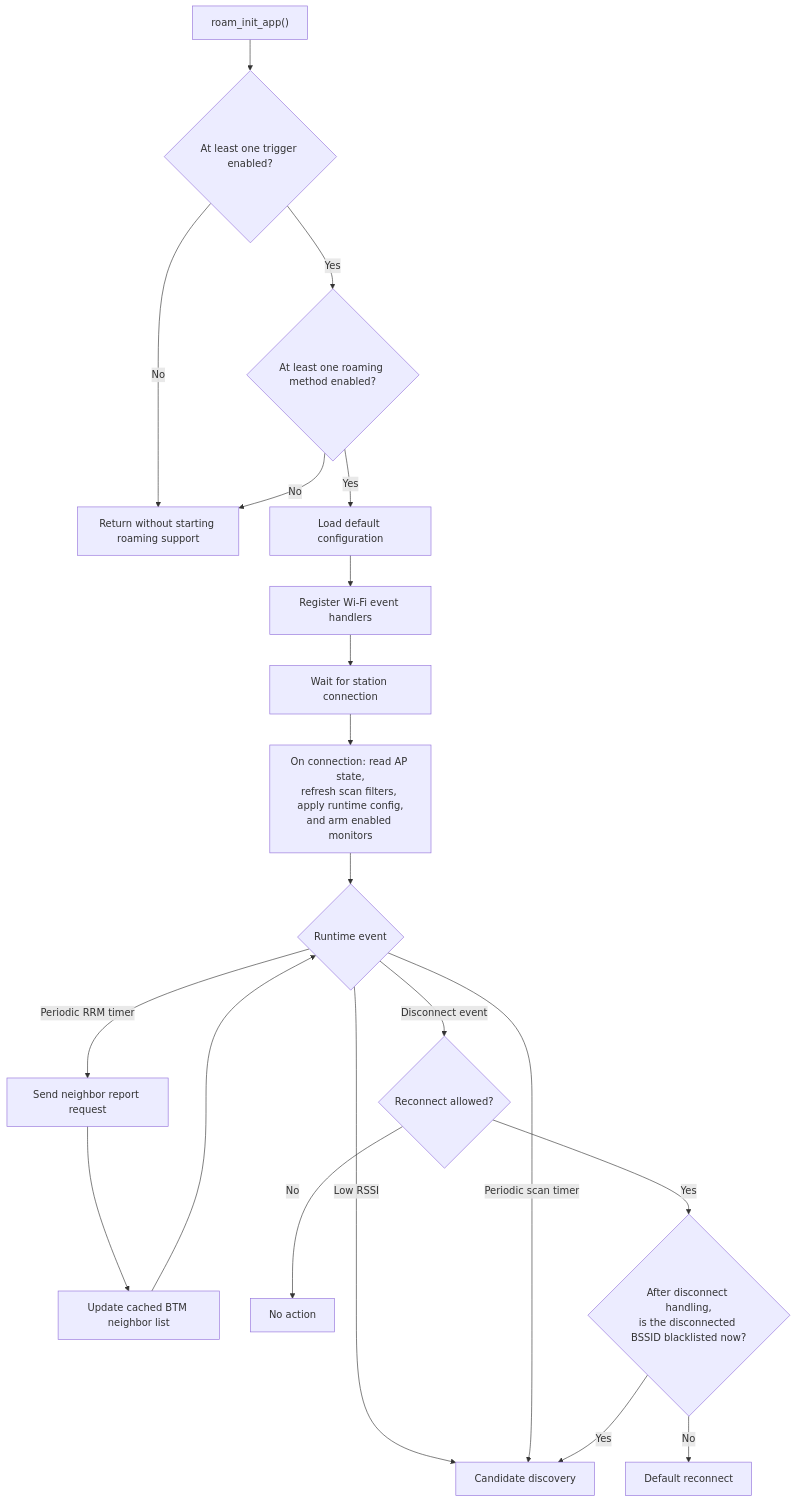
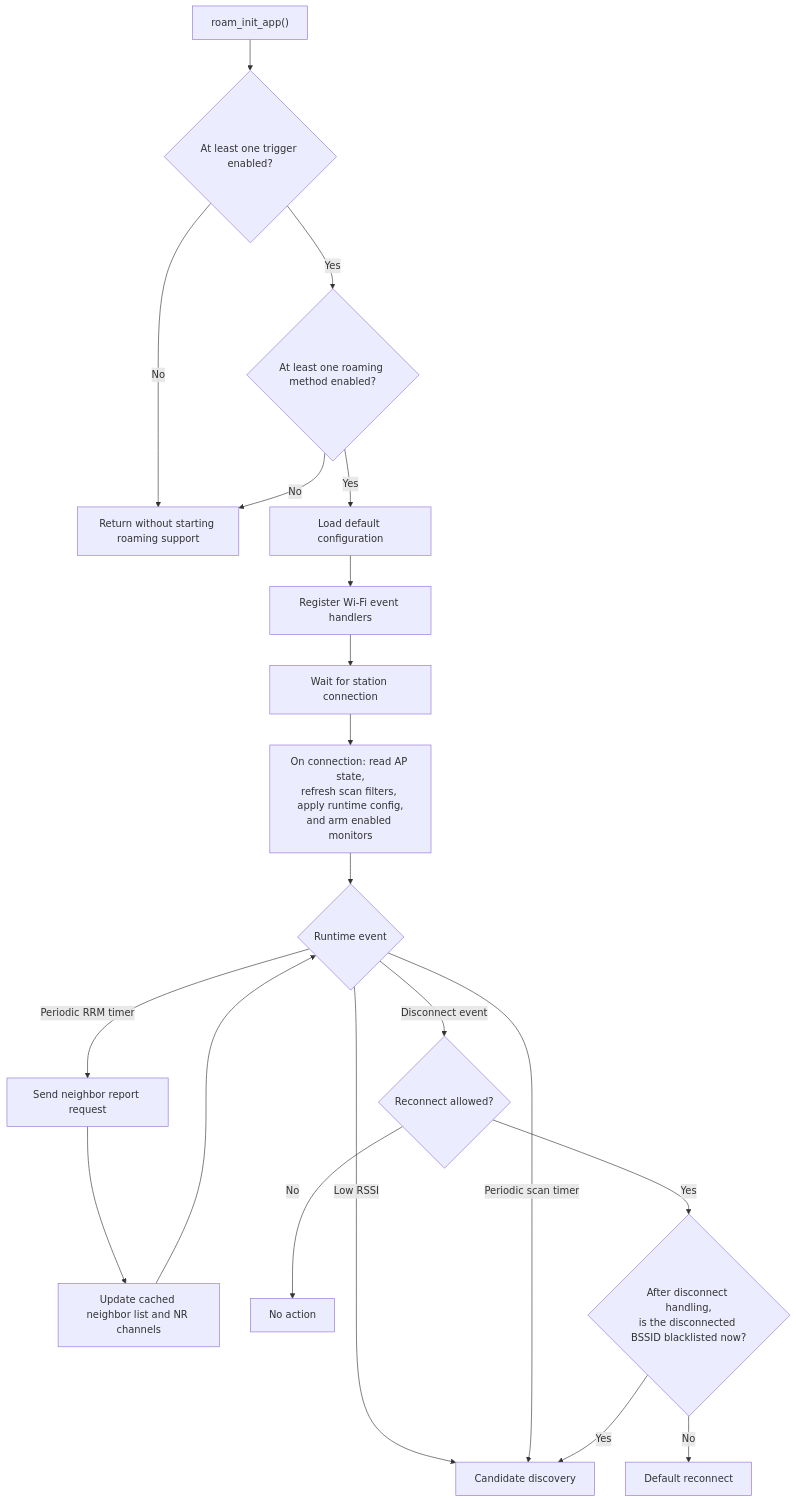
Before and after one commit to espressif/esp-idf: the second of 4 diagrams in components/esp_wifi/wifi_apps/roaming_app/src/ROAMING_FLOW.md, drawn with Mermaid. The commit also changed other lines of this file and 5 other files, not shown here.

````diff
--- a/components/esp_wifi/wifi_apps/roaming_app/src/ROAMING_FLOW.md
+++ b/components/esp_wifi/wifi_apps/roaming_app/src/ROAMING_FLOW.md
@@ -70,24 +72,24 @@
 ```mermaid
 flowchart TD
     A["roam_init_app()"] --> B{"At least one trigger enabled?"}
     B -- "No" --> X["Return without starting roaming support"]
     B -- "Yes" --> C{"At least one roaming method enabled?"}
     C -- "No" --> X
     C -- "Yes" --> D["Load default configuration"]
     D --> E["Register Wi-Fi event handlers"]
     E --> F["Wait for station connection"]
 
     F --> G["On connection: read AP state,<br/>refresh scan filters, apply runtime config,<br/>and arm enabled monitors"]
 
     G --> H{"Runtime event"}
     H -- "Low RSSI" --> I["Candidate discovery"]
     H -- "Periodic scan timer" --> I
     H -- "Periodic RRM timer" --> J["Send neighbor report request"]
-    J --> K["Update cached BTM neighbor list"]
+    J --> K["Update cached neighbor list and NR channels"]
     K --> H
     H -- "Disconnect event" --> L{"Reconnect allowed?"}
     L -- "No" --> M["No action"]
     L -- "Yes" --> N{"After disconnect handling,<br/>is the disconnected BSSID blacklisted now?"}
     N -- "Yes" --> I
     N -- "No" --> O["Default reconnect"]
 ```
````
